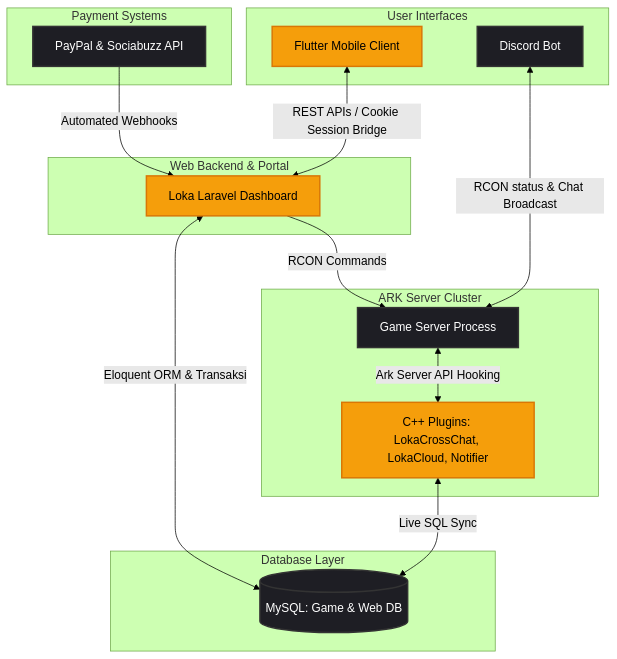
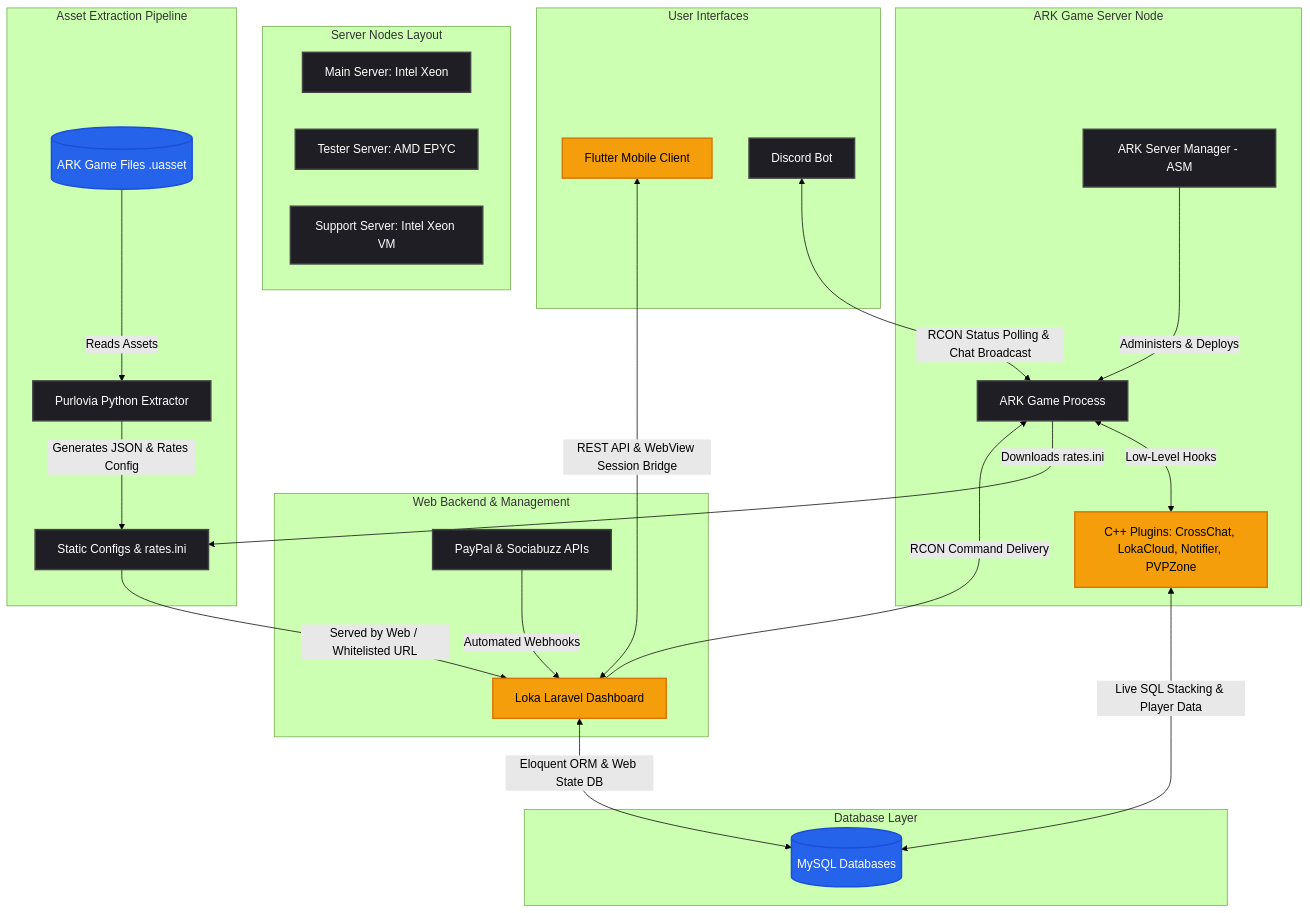
One commit to vertex-pan/vertex-pan changed the diagram in README.md. Above: the diagram before and after it, drawn with Mermaid (forest theme). The commit also changed other lines of this file, not shown here.

Commit message:
Revise system architecture and infrastructure details
Updated the system architecture diagram and infrastructure specifications in the README.

````diff
--- a/README.md
+++ b/README.md
@@ -25,35 +25,49 @@
 ```mermaid
 graph TD
-    classDef default fill:#1e1e24,stroke:#333,stroke-width:2px,color:#fff;
+    classDef default fill:#1e1e24,stroke:#444,stroke-width:2px,color:#fff;
     classDef highlight fill:#f59e0b,stroke:#d97706,stroke-width:2px,color:#000;
-    
-    subgraph Game Server [ARK Server Cluster]
-        A[Game Server Process] <-->|Ark Server API Hooking| B[C++ Plugins: LokaCrossChat, LokaCloud, Notifier]
-    end
-    
-    subgraph Database [Database Layer]
-        C[(MySQL: Game & Web DB)]
-    end
-    
-    subgraph Web [Web Backend & Portal]
-        D[Loka Laravel Dashboard]
-    end
-    
-    subgraph Clients [User Interfaces]
-        E[Flutter Mobile Client]
-        F[Discord Bot]
-    end
-    
-    subgraph Gateways [Payment Systems]
-        G[PayPal & Sociabuzz API]
+    classDef storage fill:#2563eb,stroke:#1d4ed8,stroke-width:2px,color:#fff;
+
+    subgraph Infrastructure [Server Nodes Layout]
+        MainNode[Main Server: Intel Xeon]
+        TestNode[Tester Server: AMD EPYC]
+        SupportNode[Support Server: Intel Xeon VM]
     end
 
-    B <-->|Live SQL Sync| C
-    D <-->|Eloquent ORM & Transaksi| C
-    D -->|RCON Commands| A
-    E <-->|REST APIs / Cookie Session Bridge| D
-    F <-->|RCON status & Chat Broadcast| A
-    G -->|Automated Webhooks| D
+    subgraph Game_Cluster [ARK Game Server Node]
+        ASM[ARK Server Manager - ASM] -->|Administers & Deploys| GameServer[ARK Game Process]
+        GameServer <-->|Low-Level Hooks| Plugins[C++ Plugins: CrossChat, LokaCloud, Notifier, PVPZone]
+    end
 
-    class D,E,B highlight;
+    subgraph Data_Extraction [Asset Extraction Pipeline]
+        Assets[(ARK Game Files .uasset)] -->|Reads Assets| Purlovia[Purlovia Python Extractor]
+        Purlovia -->|Generates JSON & Rates Config| Configs[Static Configs & rates.ini]
+    end
+
+    subgraph Database [Database Layer]
+        MySQL[(MySQL Databases)]
+    end
+
+    subgraph Web_Services [Web Backend & Management]
+        Laravel[Loka Laravel Dashboard]
+        Gateways[PayPal & Sociabuzz APIs] -->|Automated Webhooks| Laravel
+    end
+
+    subgraph Clients [User Interfaces]
+        Flutter[Flutter Mobile Client]
+        Discord[Discord Bot]
+    end
+
+    %% Communications
+    Configs -->|Served by Web / Whitelisted URL| Laravel
+    GameServer -->|Downloads rates.ini| Configs
+    Plugins <-->|Live SQL Stacking & Player Data| MySQL
+    Laravel <-->|Eloquent ORM & Web State DB| MySQL
+    Laravel -->|RCON Command Delivery| GameServer
+    Flutter <-->|REST API & WebView Session Bridge| Laravel
+    Discord <-->|RCON Status Polling & Chat Broadcast| GameServer
+
+    %% Styling
+    class Laravel,Flutter,Plugins highlight;
+    class MySQL,Assets storage;
 ```
````
